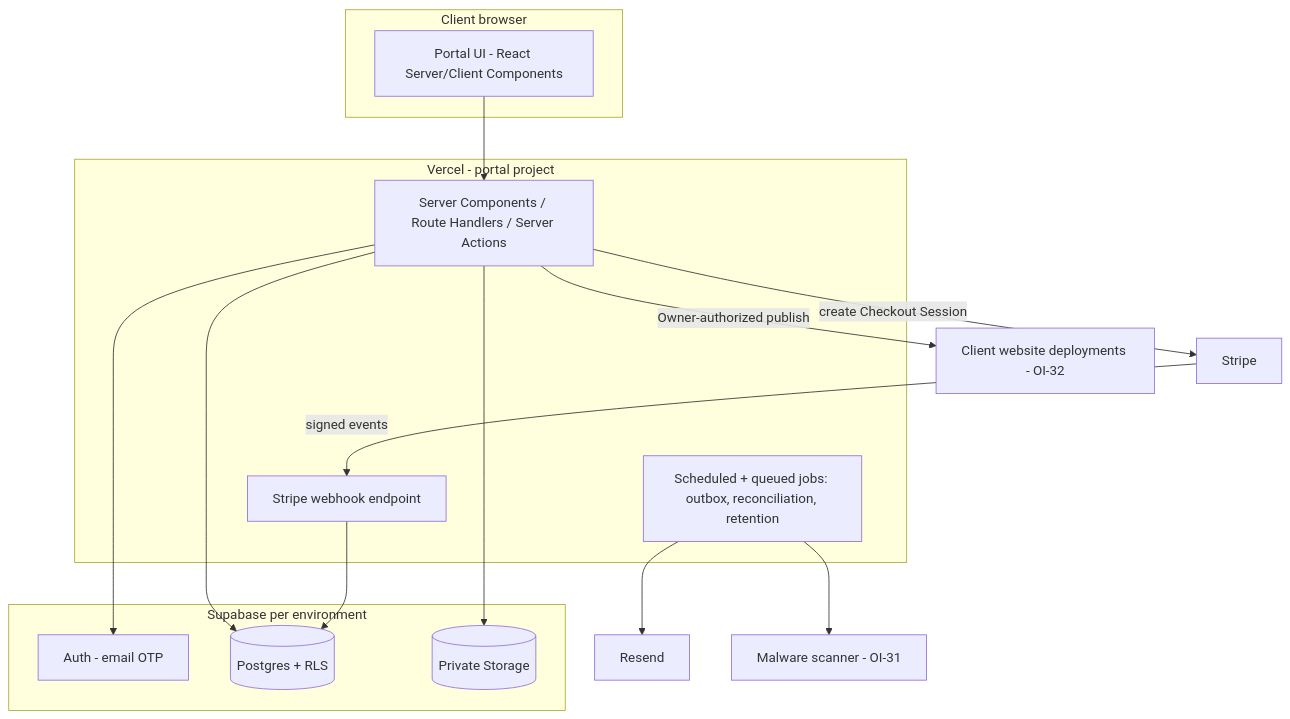
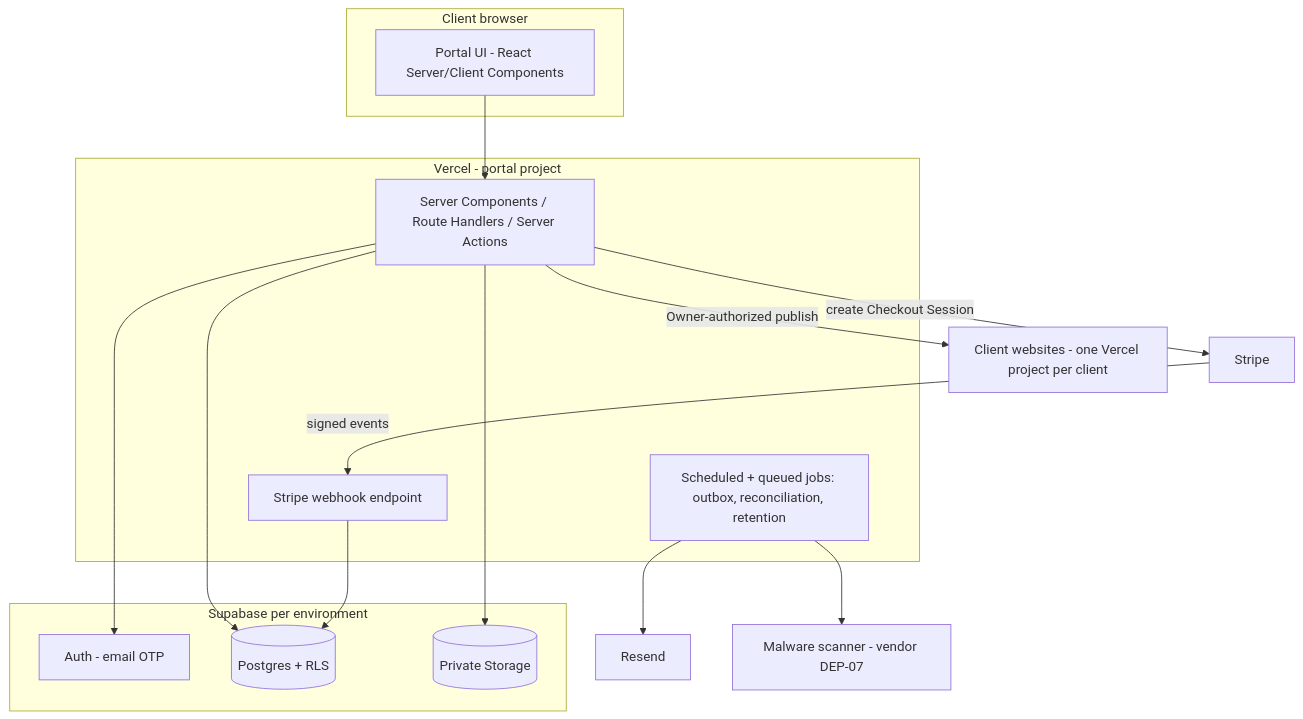
One commit to sjr425151-collab/spotlight-client-portal changed the diagram in docs/02-ARCHITECTURE-AND-ENVIRONMENTS.md. Above: the diagram before and after it, drawn with Mermaid. The commit also changed other lines of this file and 10 other files, not shown here.

````diff
--- a/docs/02-ARCHITECTURE-AND-ENVIRONMENTS.md
+++ b/docs/02-ARCHITECTURE-AND-ENVIRONMENTS.md
@@ -14,28 +14,28 @@
 ```mermaid
 flowchart TB
   subgraph Client browser
     UI[Portal UI - React Server/Client Components]
   end
   subgraph Vercel - portal project
     SSR[Server Components / Route Handlers / Server Actions]
     WH[Stripe webhook endpoint]
     JOB[Scheduled + queued jobs: outbox, reconciliation, retention]
   end
   subgraph Supabase per environment
     AUTH[Auth - email OTP]
     DB[(Postgres + RLS)]
     ST[(Private Storage)]
   end
   STRIPE[Stripe]
   RESEND[Resend]
-  SCAN[Malware scanner - OI-31]
-  CS[Client website deployments - OI-32]
+  SCAN[Malware scanner - vendor DEP-07]
+  CS[Client websites - one Vercel project per client]
 
   UI --> SSR
   SSR --> AUTH & DB & ST
   SSR -->|create Checkout Session| STRIPE
   STRIPE -->|signed events| WH --> DB
   JOB --> RESEND
   JOB --> SCAN
   SSR -->|Owner-authorized publish| CS
 ```
````
